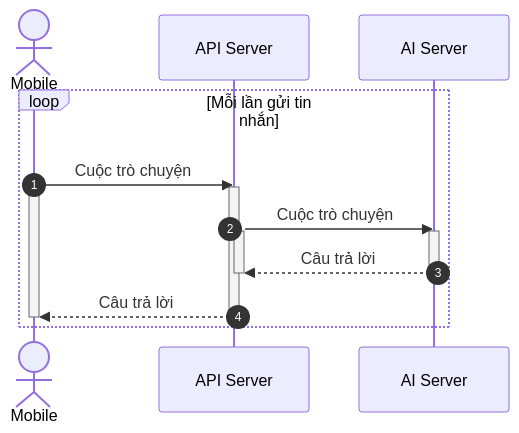
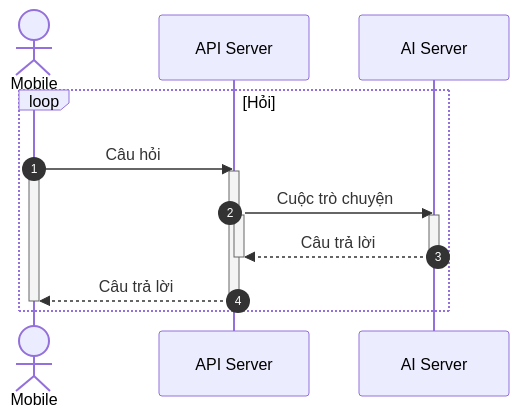
Before and after one commit to coinhub-uit/coinhub-uit.github.io: the diagram in docs/diagrams/sequence/ai-chat.md, drawn with Mermaid.

Commit message:
chore(diagrams/ai-chat): only request new message from client

````diff
--- a/docs/diagrams/sequence/ai-chat.md
+++ b/docs/diagrams/sequence/ai-chat.md
@@ -7,22 +7,22 @@
 ```mermaid
 sequenceDiagram
   autonumber
   actor mobile as Mobile
   participant apiServer as API Server
   participant aiServer as AI Server
 
-  loop Mỗi lần gửi tin nhắn
-    mobile->>apiServer: Cuộc trò chuyện
+  loop Hỏi
+    mobile->>apiServer: Câu hỏi
     activate mobile
     activate apiServer
     apiServer->>aiServer: Cuộc trò chuyện
     activate apiServer
     activate aiServer
     aiServer-->>apiServer: Câu trả lời
     deactivate aiServer
     deactivate apiServer
     apiServer-->>mobile: Câu trả lời
     deactivate apiServer
     deactivate mobile
   end
 ```
````
